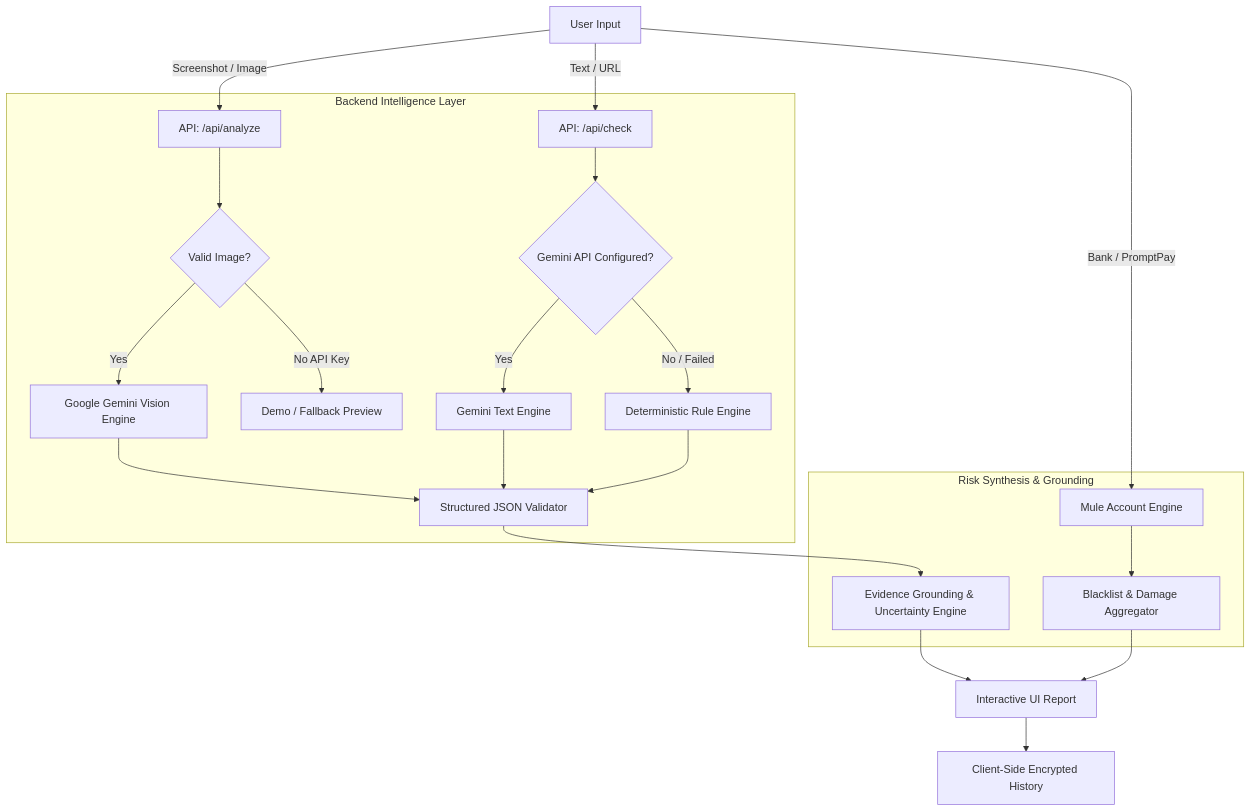
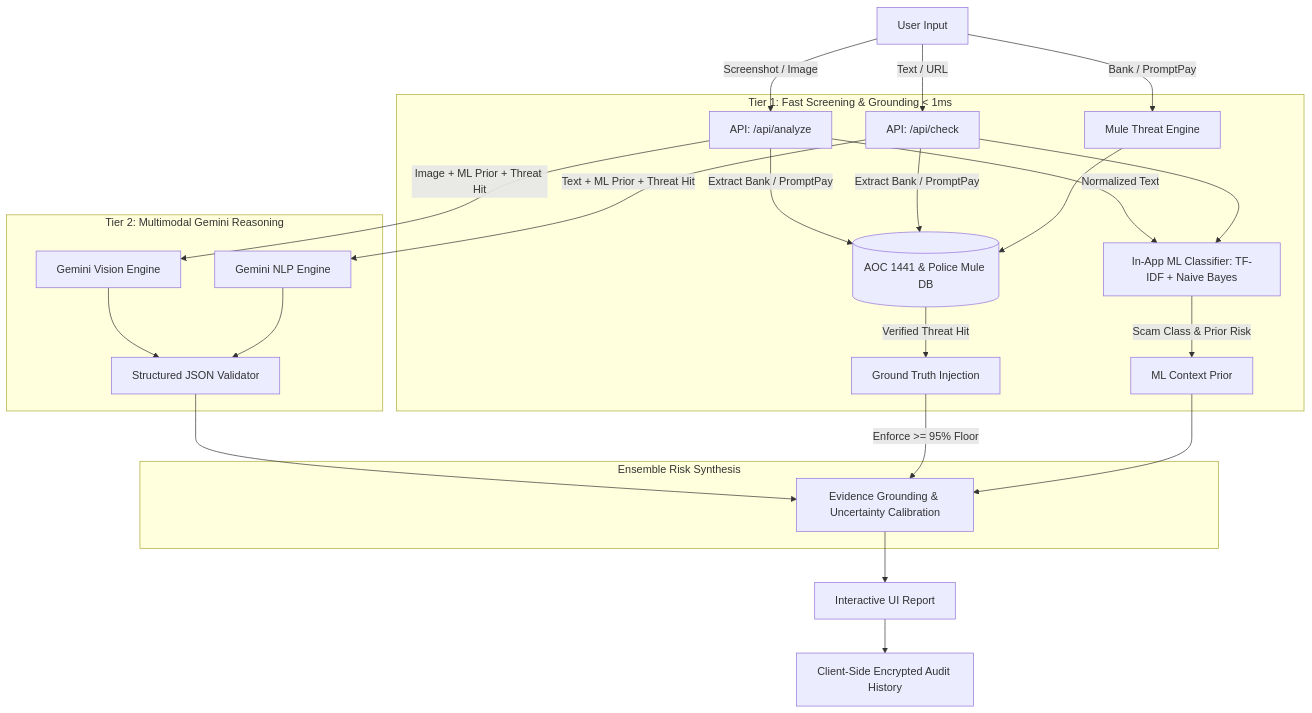
Before and after one commit to Hard2Coding/Harddisk_Team_U-Hackathon_2026: the diagram in README.md, drawn with Mermaid. The commit also changed other lines of this file and 11 other files, not shown here.

````diff
--- a/README.md
+++ b/README.md
@@ -51,28 +53,33 @@
 ```mermaid
-graph TD
+flowchart TD
     A[User Input] -->|Screenshot / Image| B[API: /api/analyze]
     A -->|Text / URL| C[API: /api/check]
-    A -->|Bank / PromptPay| D[Mule Account Engine]
+    A -->|Bank / PromptPay| D[Mule Threat Engine]
 
-    subgraph Backend Intelligence Layer
-        B --> E{Valid Image?}
-        E -->|Yes| F[Google Gemini Vision Engine]
-        E -->|No API Key| G[Demo / Fallback Preview]
-        F --> H[Structured JSON Validator]
-
-        C --> I{Gemini API Configured?}
-        I -->|Yes| J[Gemini Text Engine]
-        I -->|No / Failed| K[Deterministic Rule Engine]
-        J --> H
-        K --> H
+    subgraph Tier1[Tier 1: Fast Screening & Grounding < 1ms]
+        B -->|Normalized Text| ML[In-App ML Classifier: TF-IDF + Naive Bayes]
+        C --> ML
+        ML -->|Scam Class & Prior Risk| P[ML Context Prior]
+        
+        B -->|Extract Bank / PromptPay| DB[(AOC 1441 & Police Mule DB)]
+        C -->|Extract Bank / PromptPay| DB
+        D --> DB
+        DB -->|Verified Threat Hit| G[Ground Truth Injection]
     end
 
-    subgraph Risk Synthesis & Grounding
-        H --> L[Evidence Grounding & Uncertainty Engine]
-        D --> M[Blacklist & Damage Aggregator]
+    subgraph Tier2[Tier 2: Multimodal Gemini Reasoning]
+        B -->|Image + ML Prior + Threat Hit| GV[Gemini Vision Engine]
+        C -->|Text + ML Prior + Threat Hit| GT[Gemini NLP Engine]
+        GV --> H[Structured JSON Validator]
+        GT --> H
+    end
+
+    subgraph Synthesis[Ensemble Risk Synthesis]
+        H --> L[Evidence Grounding & Uncertainty Calibration]
+        G -->|Enforce >= 95% Floor| L
+        P --> L
     end
 
     L --> N[Interactive UI Report]
-    M --> N
-    N --> O[Client-Side Encrypted History]
+    N --> O[Client-Side Encrypted Audit History]
 ```
````
